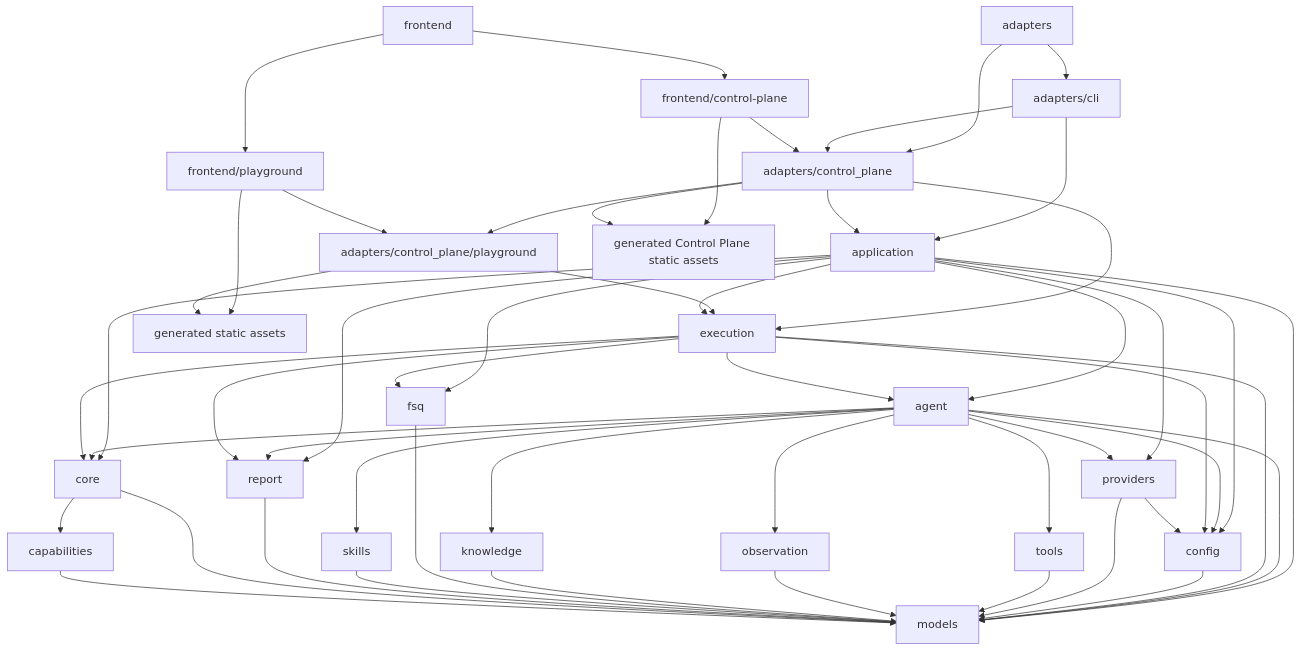
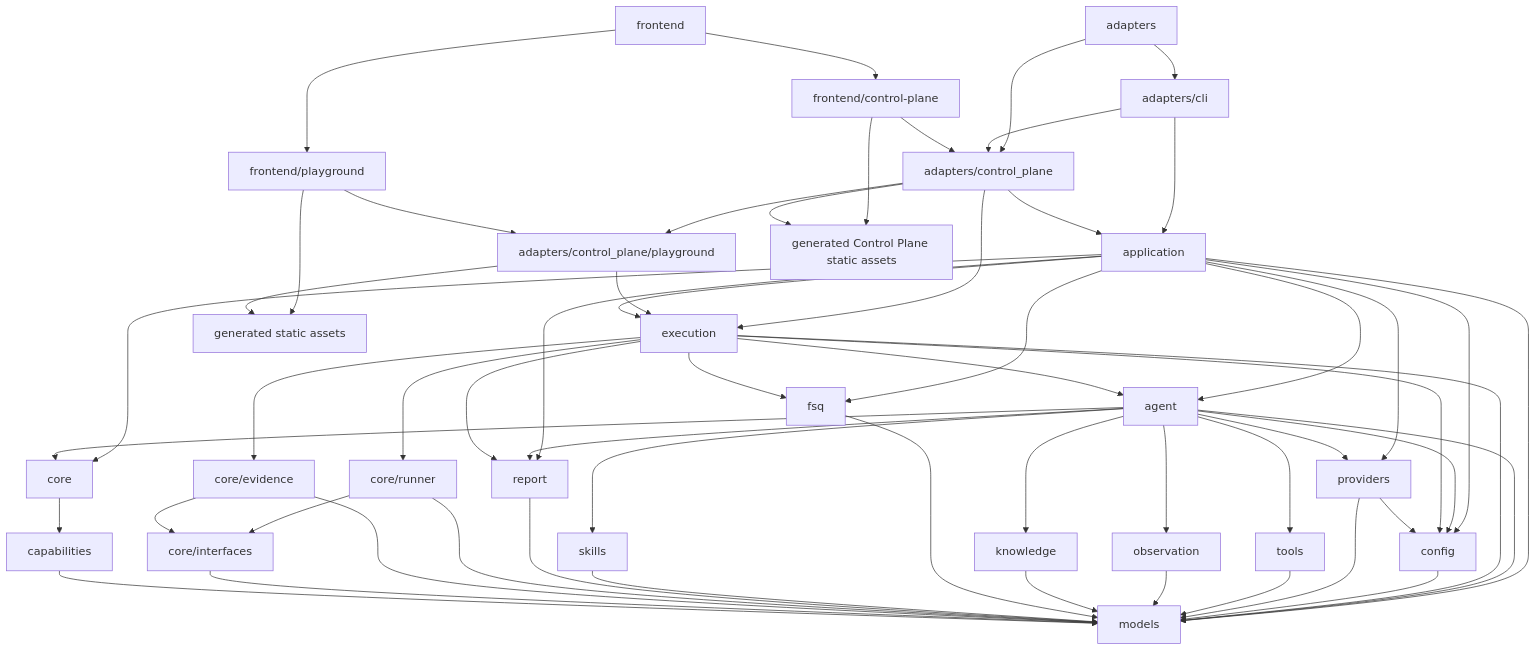
One commit to houlianpi/FSQ changed the diagram in SPEC.md. Above: the diagram before and after it, drawn with Mermaid. The commit also changed other lines of this file and 23 other files, not shown here.

````diff
--- a/SPEC.md
+++ b/SPEC.md
@@ -147,54 +150,59 @@
 ```mermaid
 flowchart TD
     Adapters[adapters] --> CLI[adapters/cli]
     Adapters --> ControlPlane[adapters/control_plane]
     CLI --> Application[application]
     CLI --> ControlPlane
     ControlPlane --> Application
     ControlPlane --> Playground[adapters/control_plane/playground]
     ControlPlane --> Execution[execution]
     Playground --> Execution
     Application --> Agent[agent]
     Application --> Execution
     Application --> Core[core]
     Application --> FSQ[fsq]
     Application --> Config[config]
     Application --> Providers[providers]
     Application --> Models[models]
     Application --> Report[report]
     Agent --> Core[core]
     Agent --> Config[config]
     Agent --> Providers[providers]
     Agent --> Models[models]
     Agent --> Tools[tools]
     Agent --> Observation[observation]
     Agent --> Knowledge[knowledge]
     Agent --> Skills[skills]
     Agent --> Report[report]
     Execution --> Agent
-    Execution --> Core
+    Execution --> CoreRunner[core/runner]
+    Execution --> CoreEvidence[core/evidence]
     Execution --> FSQ
     Execution --> Config
     Execution --> Models
     Execution --> Report
     Config --> Models
     Providers --> Config
     Providers --> Models
     Tools --> Models
     Observation --> Models
     Knowledge --> Models
     FSQ --> Models
     Skills --> Models
     Report --> Models
-    Core --> Models
+    CoreRunner --> CoreInterfaces[core/interfaces]
+    CoreEvidence --> CoreInterfaces
+    CoreRunner --> Models
+    CoreEvidence --> Models
+    CoreInterfaces --> Models
     Capabilities[capabilities] --> Models
     Core --> Capabilities
     Frontend[frontend] --> FrontendPlayground[frontend/playground]
     Frontend --> FrontendControlPlane[frontend/control-plane]
     FrontendPlayground --> Playground
     FrontendPlayground --> StaticAssets[generated static assets]
     Playground --> StaticAssets
     FrontendControlPlane --> ControlPlane
     FrontendControlPlane --> ControlPlaneStatic[generated Control Plane static assets]
     ControlPlane --> ControlPlaneStatic
 ```
````
